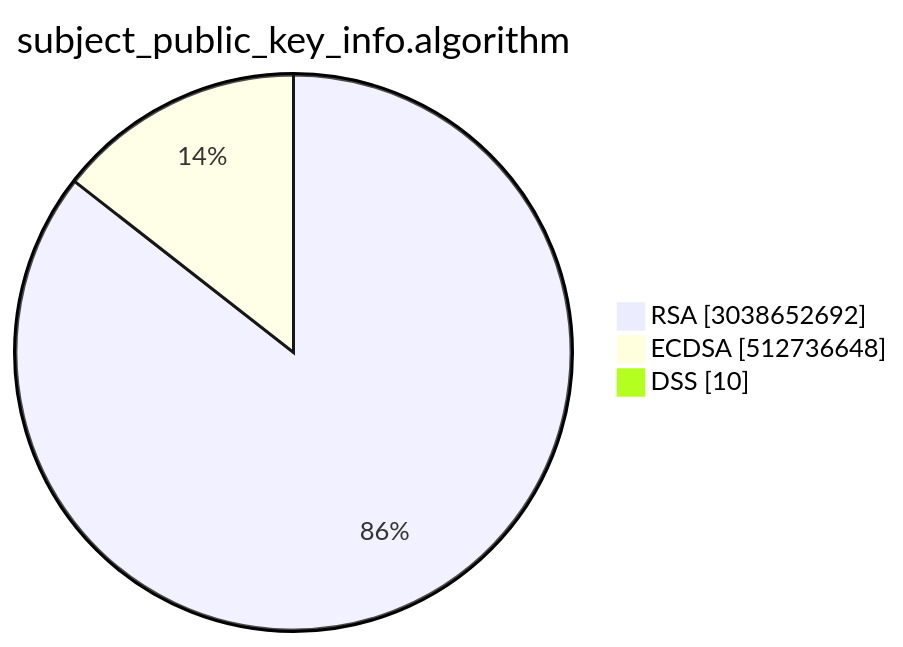
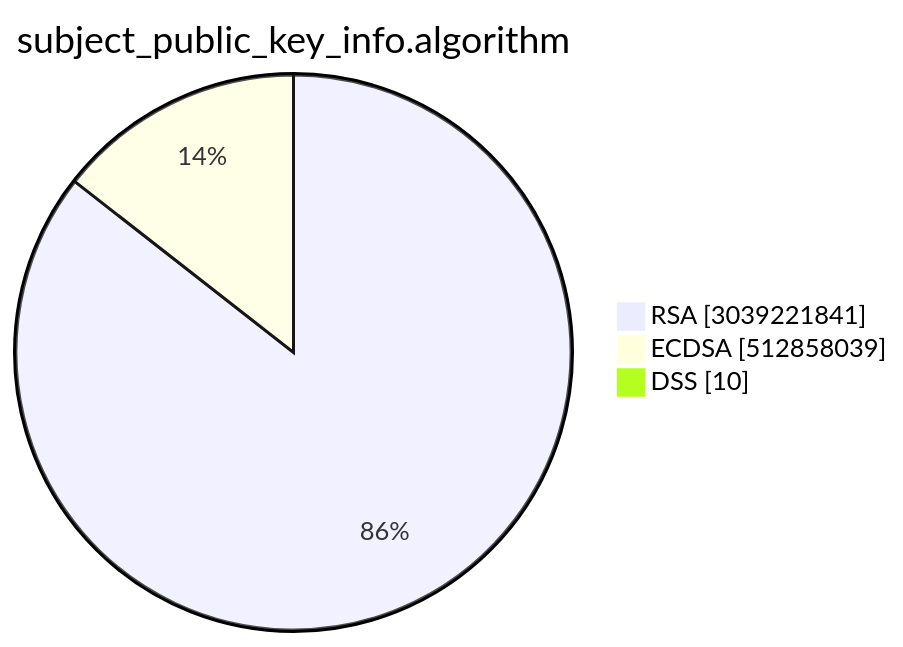
Before and after one commit to christiankrug/ctmonitor_visualization: the second of 15 diagrams in TOTAL/README.md, drawn with Mermaid. The commit also changed other lines of this file, not shown here.

````diff
--- a/TOTAL/README.md
+++ b/TOTAL/README.md
@@ -6,7 +6,7 @@
 ```mermaid
 pie showData
 title subject_public_key_info.algorithm
-"RSA" :3038652692
-"ECDSA" :512736648
+"RSA" :3039221841
+"ECDSA" :512858039
 "DSS" :10
 ```
````
